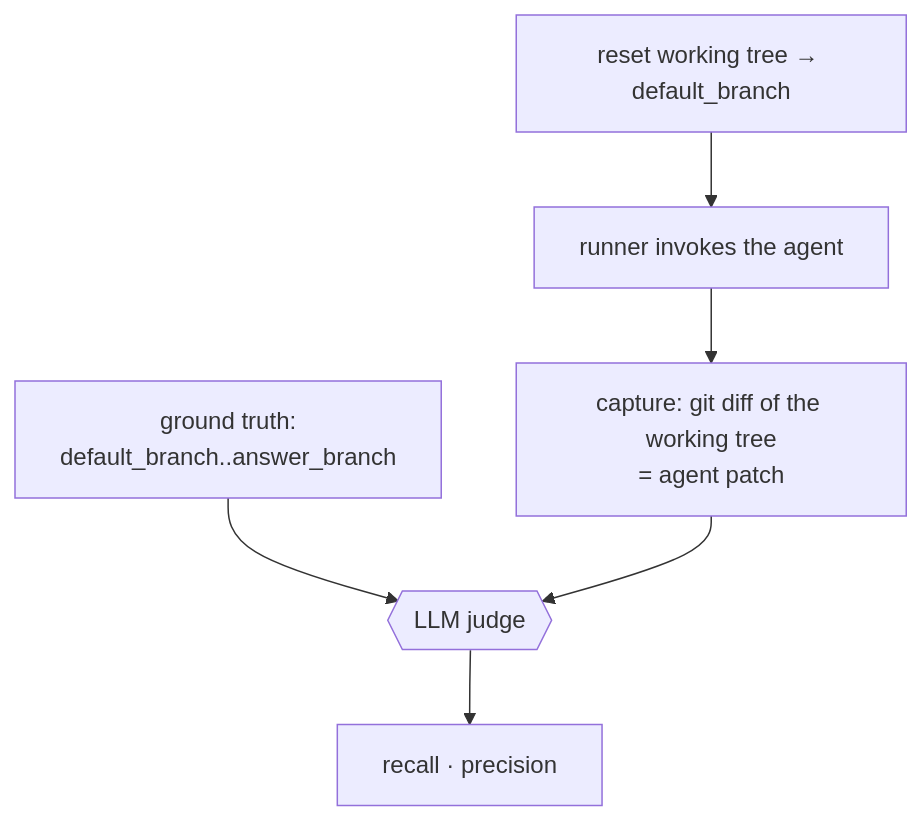
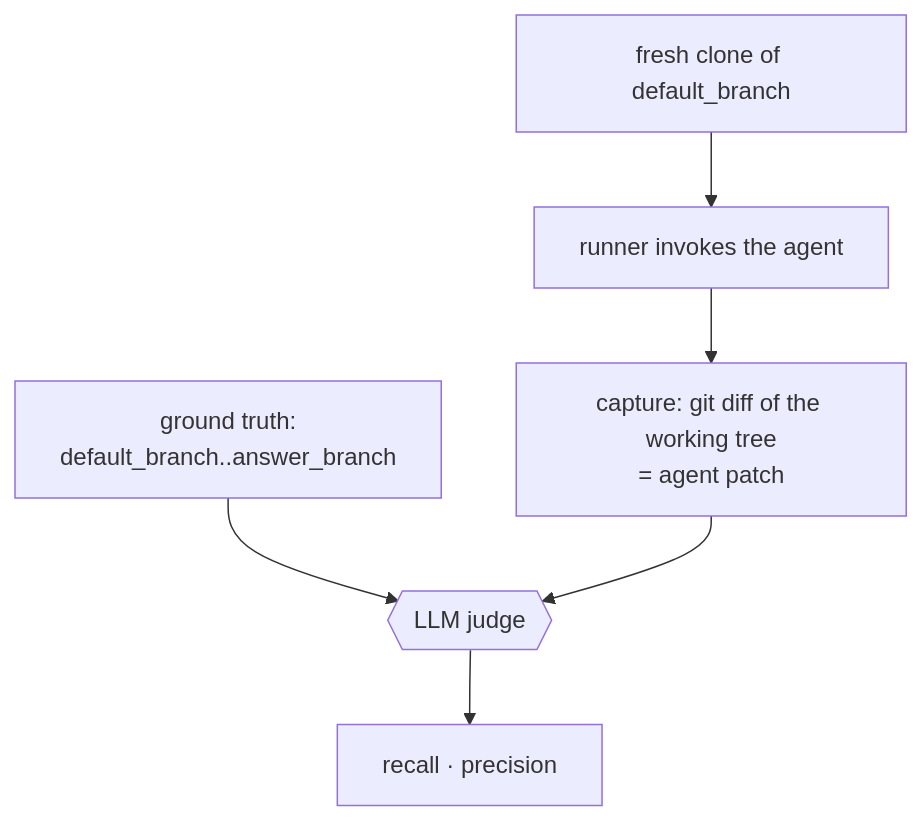
Before and after one commit to CodeBlackwell/proofbench: the second of 3 diagrams in CORPUS.md, drawn with Mermaid. The commit also changed other lines of this file and 18 other files, not shown here.

````diff
--- a/CORPUS.md
+++ b/CORPUS.md
@@ -30,8 +31,8 @@
 ```mermaid
 flowchart TD
-  reset["reset working tree → default_branch"] --> run["runner invokes the agent"]
+  reset["fresh clone of default_branch"] --> run["runner invokes the agent"]
   run --> cap["capture: git diff of the working tree<br/>= agent patch"]
   gt["ground truth:<br/>default_branch..answer_branch"] --> judge
   cap --> judge{{"LLM judge"}}
   judge --> out["recall · precision"]
 ```
````
